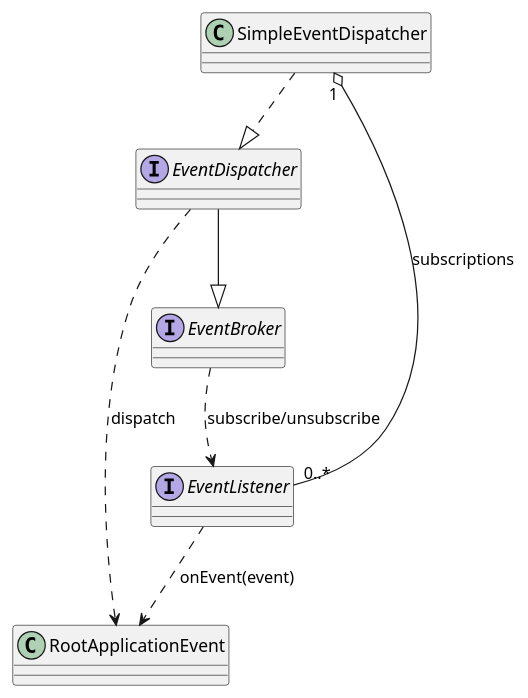
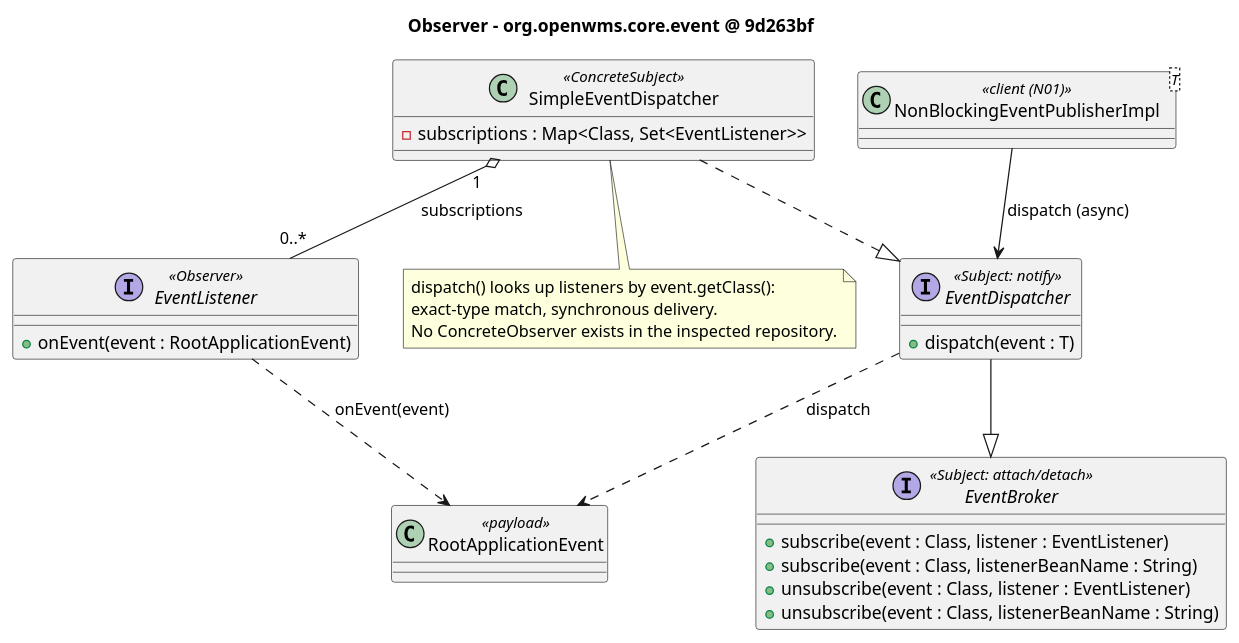
The diagram in Aditya_findings/Part1_Findings/diagrams/observer_uml.puml (akdswordguy/Team_B7_DP), drawn with PlantUML before and after one commit. The commit also changed 27 other files, not shown here.

```diff
--- a/Aditya_findings/Part1_Findings/diagrams/observer_uml.puml
+++ b/Aditya_findings/Part1_Findings/diagrams/observer_uml.puml
@@ -1,14 +1,32 @@
 @startuml
-interface EventBroker
-interface EventDispatcher
-interface EventListener
-class SimpleEventDispatcher
-class RootApplicationEvent
+title Observer - org.openwms.core.event @ 9d263bf
+interface EventBroker <<Subject: attach/detach>> {
+  +subscribe(event : Class, listener : EventListener)
+  +subscribe(event : Class, listenerBeanName : String)
+  +unsubscribe(event : Class, listener : EventListener)
+  +unsubscribe(event : Class, listenerBeanName : String)
+}
+interface EventDispatcher <<Subject: notify>> {
+  +dispatch(event : T)
+}
+class SimpleEventDispatcher <<ConcreteSubject>> {
+  -subscriptions : Map<Class, Set<EventListener>>
+}
+interface EventListener <<Observer>> {
+  +onEvent(event : RootApplicationEvent)
+}
+class RootApplicationEvent <<payload>>
+class "NonBlockingEventPublisherImpl<T>" as NBP <<client (N01)>>
 
 EventDispatcher --|> EventBroker
 SimpleEventDispatcher ..|> EventDispatcher
 SimpleEventDispatcher "1" o-- "0..*" EventListener : subscriptions
-EventBroker ..> EventListener : subscribe/unsubscribe
+EventListener ..> RootApplicationEvent : onEvent(event)
 EventDispatcher ..> RootApplicationEvent : dispatch
-EventListener ..> RootApplicationEvent : onEvent(event)
+NBP --> EventDispatcher : dispatch (async)
+note bottom of SimpleEventDispatcher
+  dispatch() looks up listeners by event.getClass():
+  exact-type match, synchronous delivery.
+  No ConcreteObserver exists in the inspected repository.
+end note
 @enduml
```
